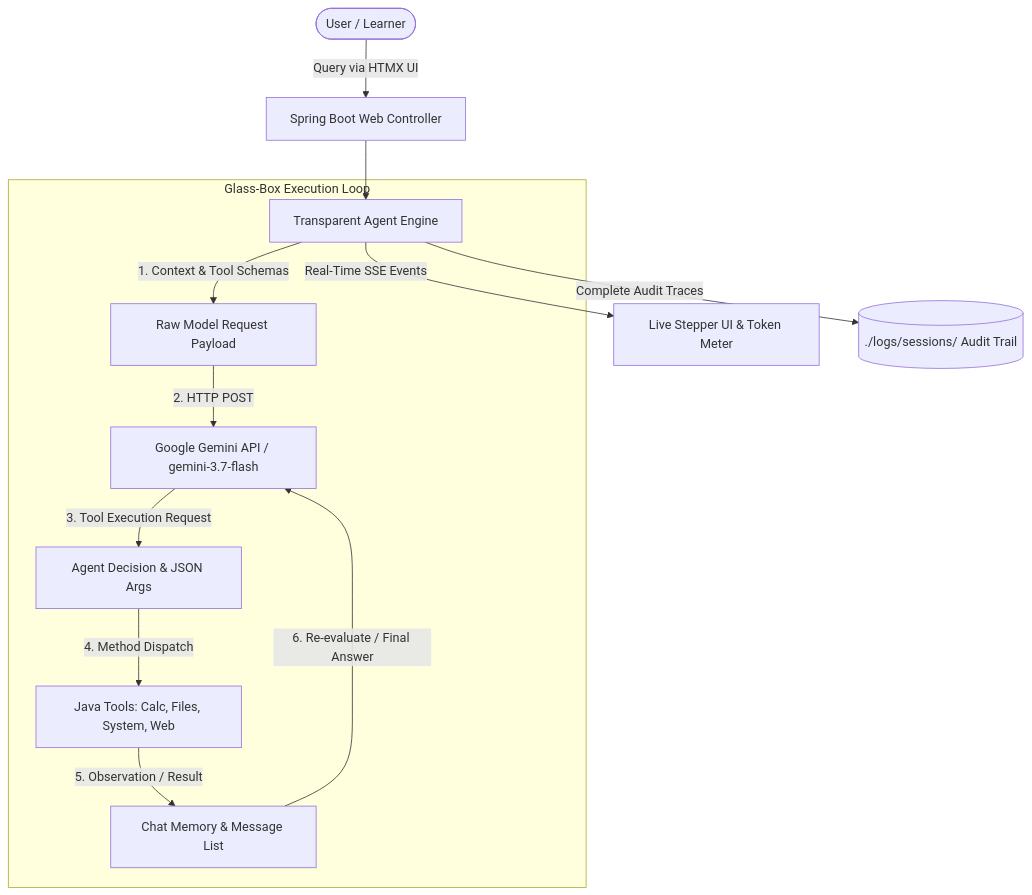
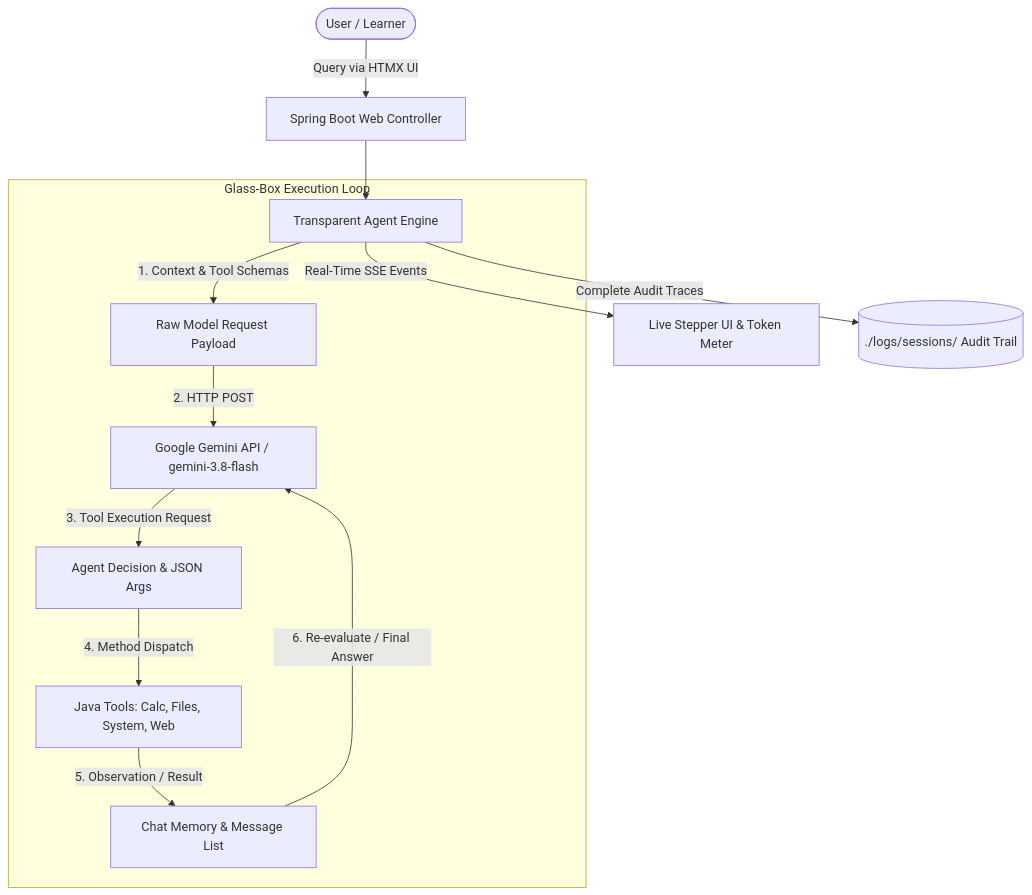
Before and after one commit to Xceptance/ai-workshop-demo: the diagram in README.md, drawn with Mermaid. The commit also changed other lines of this file and 11 other files, not shown here.

Commit message:
Set gemini-3.8-flash and medium thinking budget as default

````diff
--- a/README.md
+++ b/README.md
@@ -19,17 +19,17 @@
 ```mermaid
 flowchart TD
     User([User / Learner]) -->|Query via HTMX UI| Web[Spring Boot Web Controller]
     Web --> Engine[Transparent Agent Engine]
     
     subgraph Glass-Box Execution Loop
         Engine -->|1. Context & Tool Schemas| Req[Raw Model Request Payload]
-        Req -->|2. HTTP POST| Gemini[Google Gemini API / gemini-3.7-flash]
+        Req -->|2. HTTP POST| Gemini[Google Gemini API / gemini-3.8-flash]
         Gemini -->|3. Tool Execution Request| Reason[Agent Decision & JSON Args]
         Reason -->|4. Method Dispatch| Tools[Java Tools: Calc, Files, System, Web]
         Tools -->|5. Observation / Result| Memory[Chat Memory & Message List]
         Memory -->|6. Re-evaluate / Final Answer| Gemini
     end
     
     Engine -->|Real-Time SSE Events| UI[Live Stepper UI & Token Meter]
     Engine -->|Complete Audit Traces| Disk[(./logs/sessions/ Audit Trail)]
 ```
````
